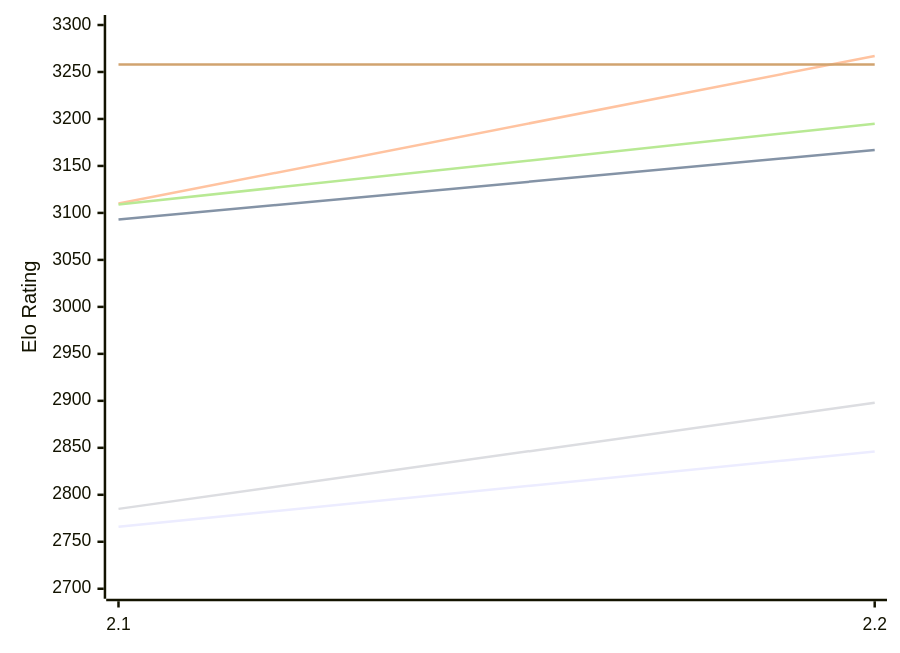
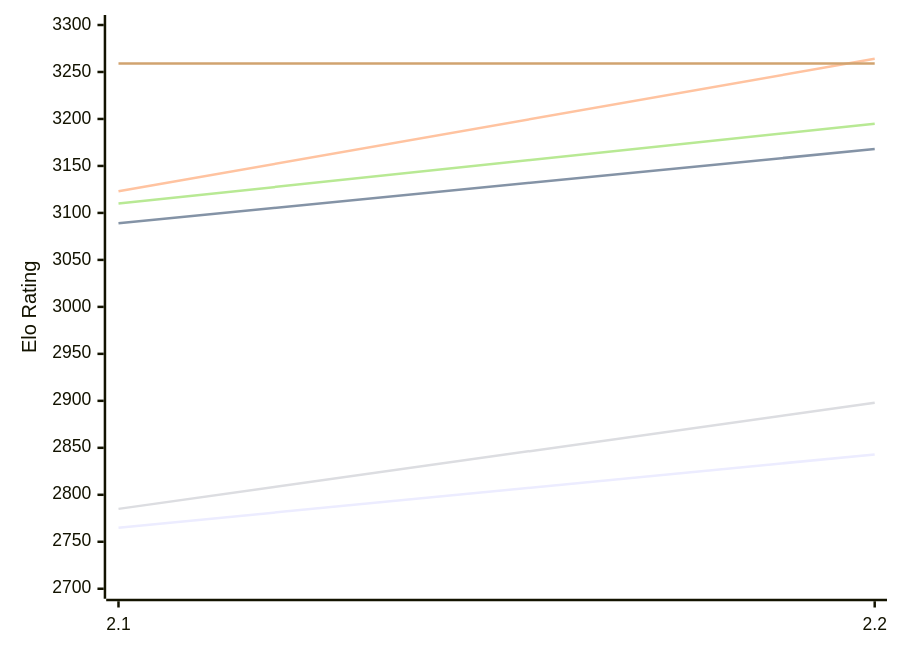
Before and after one commit to computer-chess-index/cci: the first of 2 diagrams in engines/Tunguska.md, drawn with Mermaid. The commit also changed other lines of this file, not shown here.

Commit message:
Update CCI Ratings (ELO VLTC) - 2026-11-28

````diff
--- a/engines/Tunguska.md
+++ b/engines/Tunguska.md
@@ -51,12 +51,12 @@
 ```mermaid
 %%{init: {"theme":"base","themeVariables":{"seriesColors:['#a3a3a3','#222221','#faa371']}}}%%
 xychart-beta
   x-axis ["2.1", "2.2"]
   y-axis "Elo Rating" 2700 --> 3300
-  line "E1: STC (8.0+0.08s)" [2766, 2846]
-  line "E1: LTC (60.0+0.60s)" [3093, 3167]
-  line "E1: VLTC (2m24s+1.12s)" [3110, 3267]
+  line "E1: STC (8.0+0.08s)" [2765, 2843]
+  line "E1: LTC (60.0+0.60s)" [3089, 3168]
+  line "E1: VLTC (2m24s+1.12s)" [3123, 3264]
   line "P1: STC (8.0+0.08s)" [2785, 2898]
-  line "P1: LTC (60.0+0.60s)" [3109, 3195]
-  line "P1: VLTC (2m24s+1.12s)" [3258, 3258]
+  line "P1: LTC (60.0+0.60s)" [3110, 3195]
+  line "P1: VLTC (2m24s+1.12s)" [3259, 3259]
 ```
````
